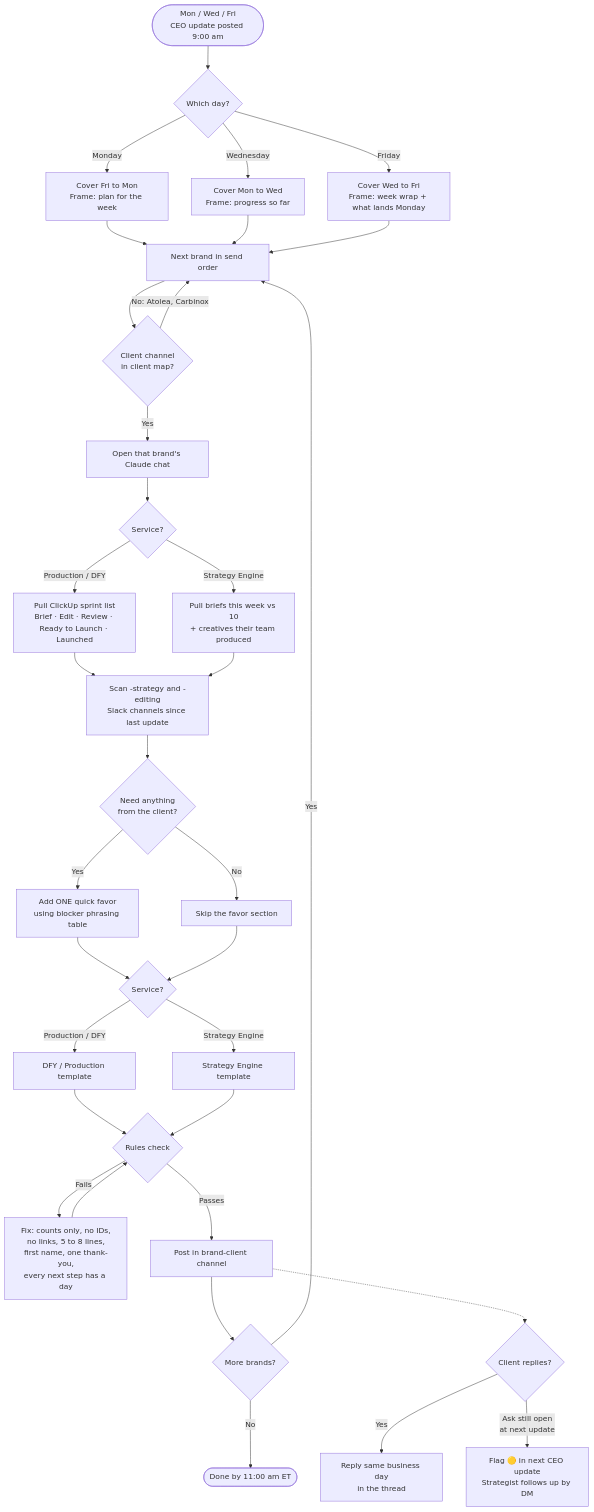
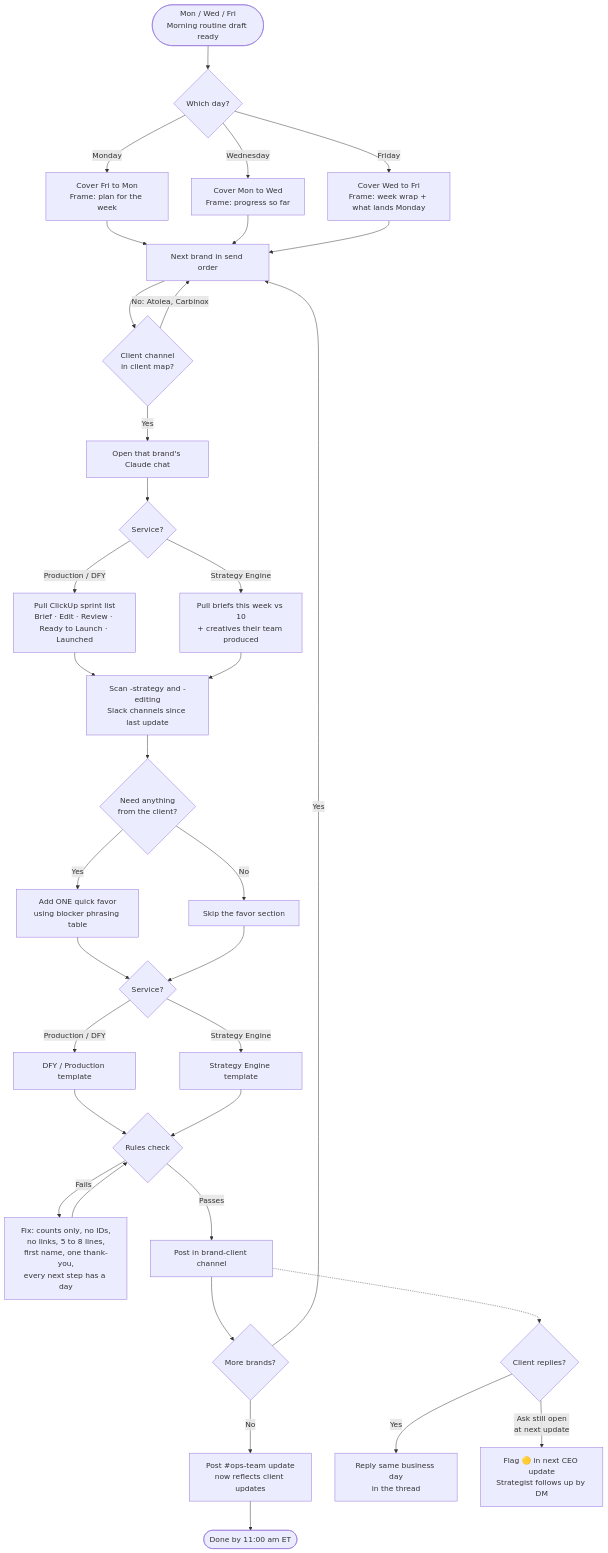
The diagram in ops/daily-updates/4-client-update-flow.md (dextergwork-dev/tok-vibes), drawn with Mermaid before and after one commit. The commit also changed other lines of this file and 2 other files, not shown here.

First line of the commit message:
Send #ops-team update last on Mon/Wed/Fri, after client updates

````diff
--- a/ops/daily-updates/4-client-update-flow.md
+++ b/ops/daily-updates/4-client-update-flow.md
@@ -31,37 +32,37 @@
 ```mermaid
 flowchart TD
-    A([Mon / Wed / Fri<br/>CEO update posted 9:00 am]) --> B{Which day?}
+    A([Mon / Wed / Fri<br/>Morning routine draft ready]) --> B{Which day?}
     B -->|Monday| B1[Cover Fri to Mon<br/>Frame: plan for the week]
     B -->|Wednesday| B2[Cover Mon to Wed<br/>Frame: progress so far]
     B -->|Friday| B3[Cover Wed to Fri<br/>Frame: week wrap + what lands Monday]
     B1 & B2 & B3 --> C[Next brand in send order]
 
     C --> D{Client channel<br/>in client map?}
     D -->|No: Atolea, Carbinox| C
     D -->|Yes| E[Open that brand's Claude chat]
 
     E --> F{Service?}
     F -->|Production / DFY| G[Pull ClickUp sprint list<br/>Brief · Edit · Review · Ready to Launch · Launched]
     F -->|Strategy Engine| H[Pull briefs this week vs 10<br/>+ creatives their team produced]
 
     G & H --> I[Scan -strategy and -editing<br/>Slack channels since last update]
     I --> J{Need anything<br/>from the client?}
     J -->|Yes| K[Add ONE quick favor<br/>using blocker phrasing table]
     J -->|No| L[Skip the favor section]
 
     K & L --> M{Service?}
     M -->|Production / DFY| N[DFY / Production template]
     M -->|Strategy Engine| O[Strategy Engine template]
 
     N & O --> P{Rules check}
     P -->|Fails| Q[Fix: counts only, no IDs,<br/>no links, 5 to 8 lines,<br/>first name, one thank-you,<br/>every next step has a day] --> P
     P -->|Passes| R[Post in brand-client channel]
 
     R --> S{More brands?}
     S -->|Yes| C
-    S -->|No| T([Done by 11:00 am ET])
+    S -->|No| X[Post #ops-team update<br/>now reflects client updates] --> T([Done by 11:00 am ET])
 
     R -.-> U{Client replies?}
     U -->|Yes| V[Reply same business day<br/>in the thread]
     U -->|Ask still open<br/>at next update| W[Flag 🟡 in next CEO update<br/>Strategist follows up by DM]
 ```
````
